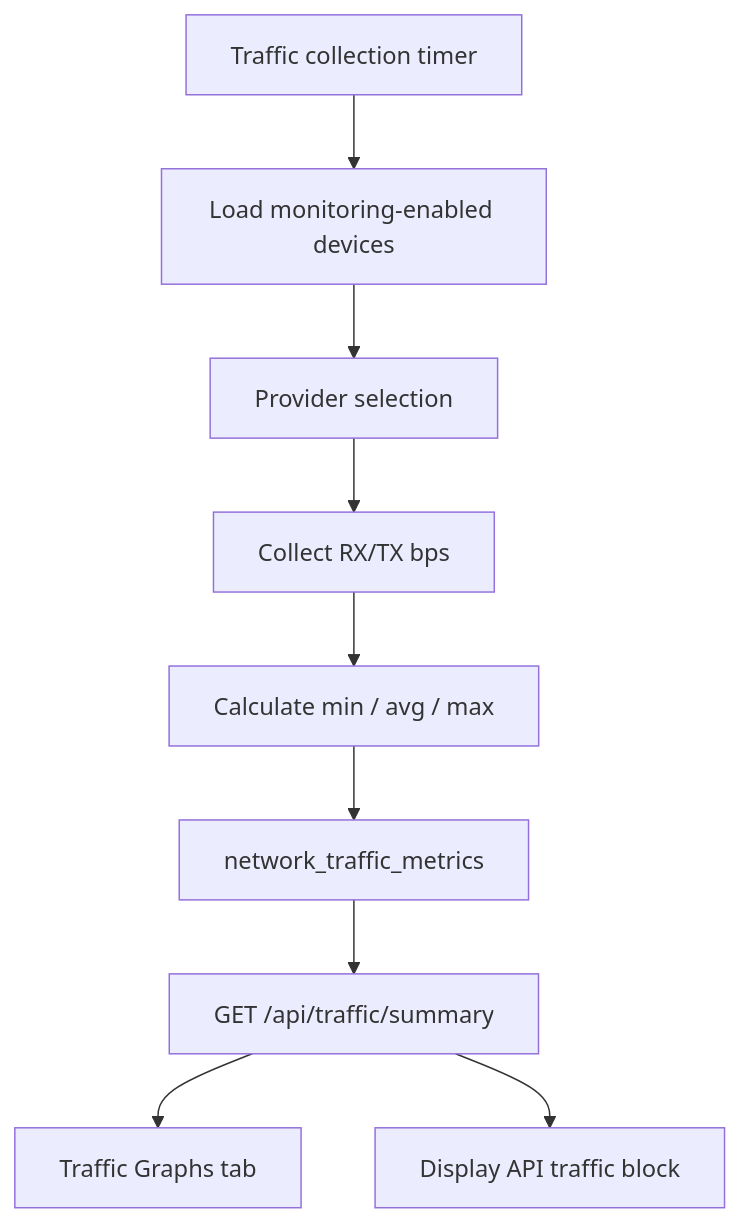
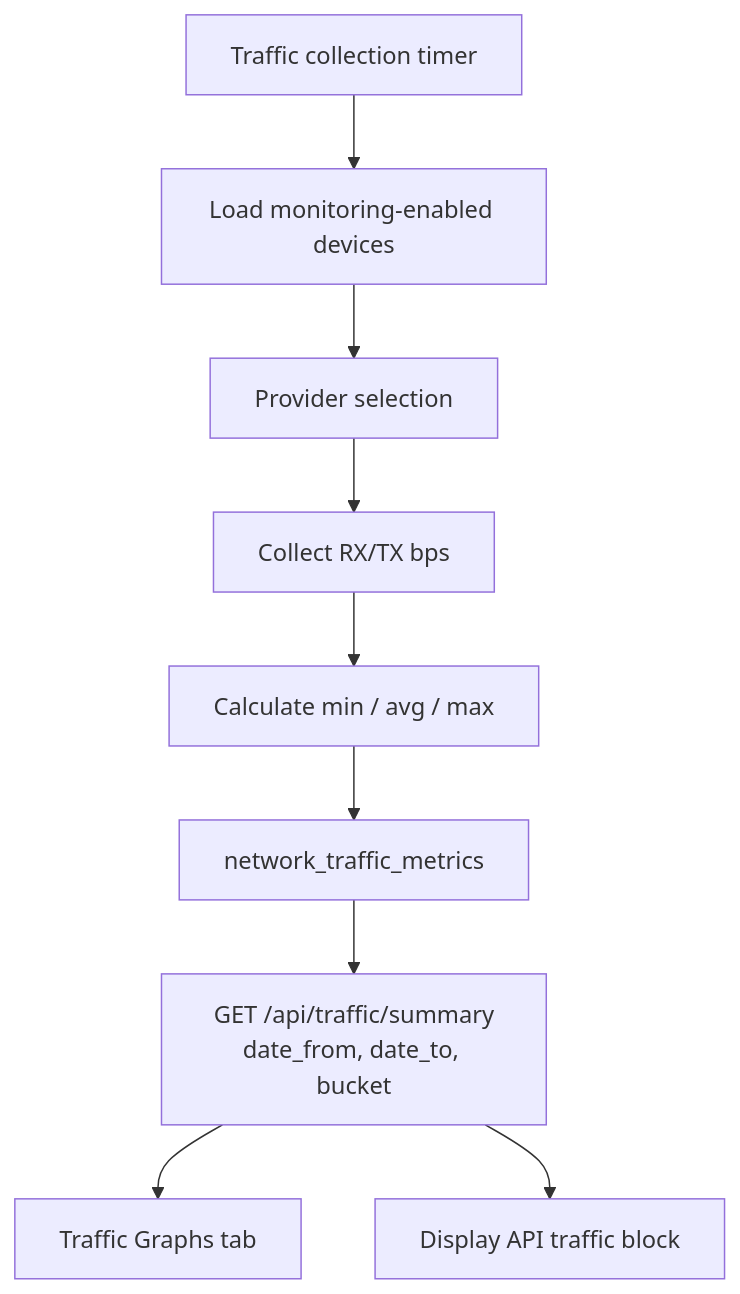
The seventh of 7 diagrams in docs/workflow-diagrams.md (HenryHitak/vibe-nms), drawn with Mermaid before and after one commit. The commit also changed 8 other files, not shown here.

Commit message:
Add traffic graph date range controls

````diff
--- a/docs/workflow-diagrams.md
+++ b/docs/workflow-diagrams.md
@@ -127,11 +127,11 @@
 ```mermaid
 flowchart TD
     Start["Traffic collection timer"] --> Load["Load monitoring-enabled devices"]
     Load --> Provider["Provider selection"]
     Provider --> Collect["Collect RX/TX bps"]
     Collect --> Rollup["Calculate min / avg / max"]
     Rollup --> Store["network_traffic_metrics"]
-    Store --> Summary["GET /api/traffic/summary"]
+    Store --> Summary["GET /api/traffic/summary<br/>date_from, date_to, bucket"]
     Summary --> Page["Traffic Graphs tab"]
     Summary --> Display["Display API traffic block"]
 ```
````
